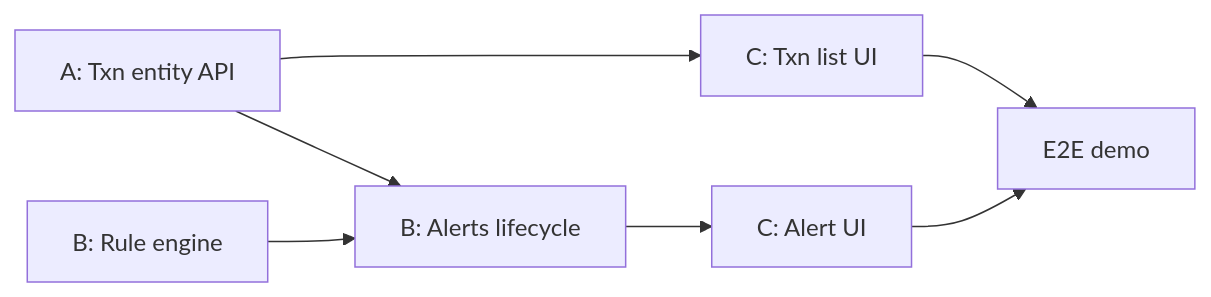
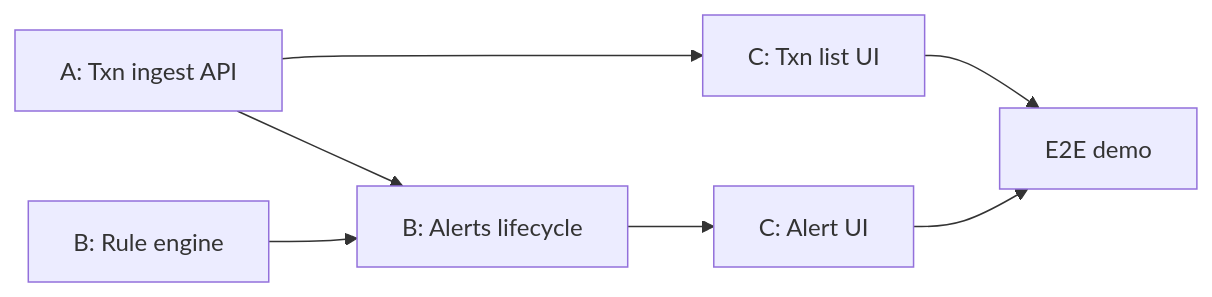
The diagram in docs/TEAM_WORK_SPLIT.md (IamUsike/democd), drawn with Mermaid before and after one commit. The commit also changed other lines of this file and 10 other files, not shown here.

````diff
--- a/docs/TEAM_WORK_SPLIT.md
+++ b/docs/TEAM_WORK_SPLIT.md
@@ -105,16 +101,16 @@
 ```mermaid
 flowchart LR
-  A1[A: Txn entity API]
+  A1[A: Txn ingest API]
   B1[B: Rule engine]
   B2[B: Alerts lifecycle]
   C1[C: Txn list UI]
   C2[C: Alert UI]
   Demo[E2E demo]
 
   A1 --> B2
   B1 --> B2
   A1 --> C1
   B2 --> C2
   C1 --> Demo
   C2 --> Demo
 ```
````
